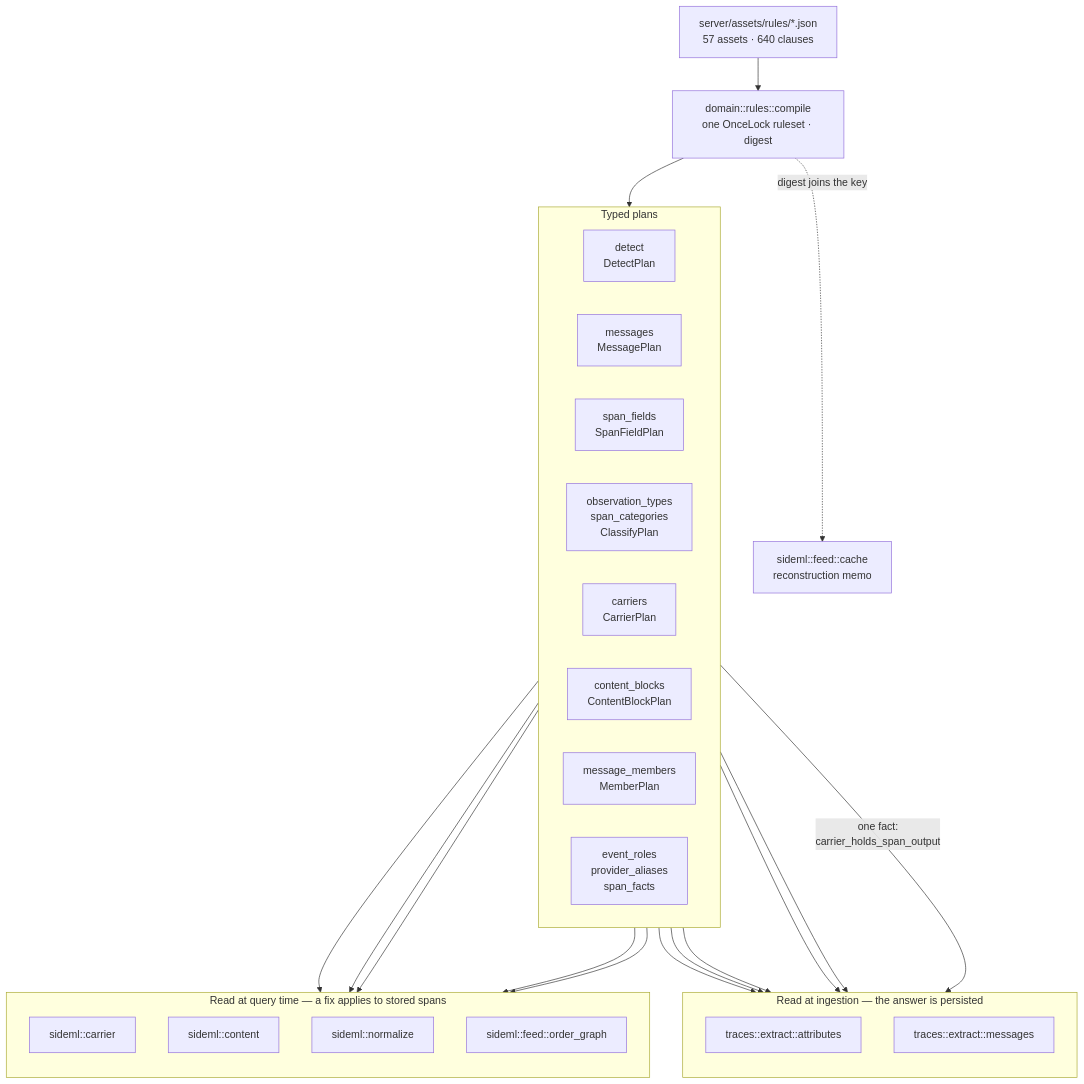
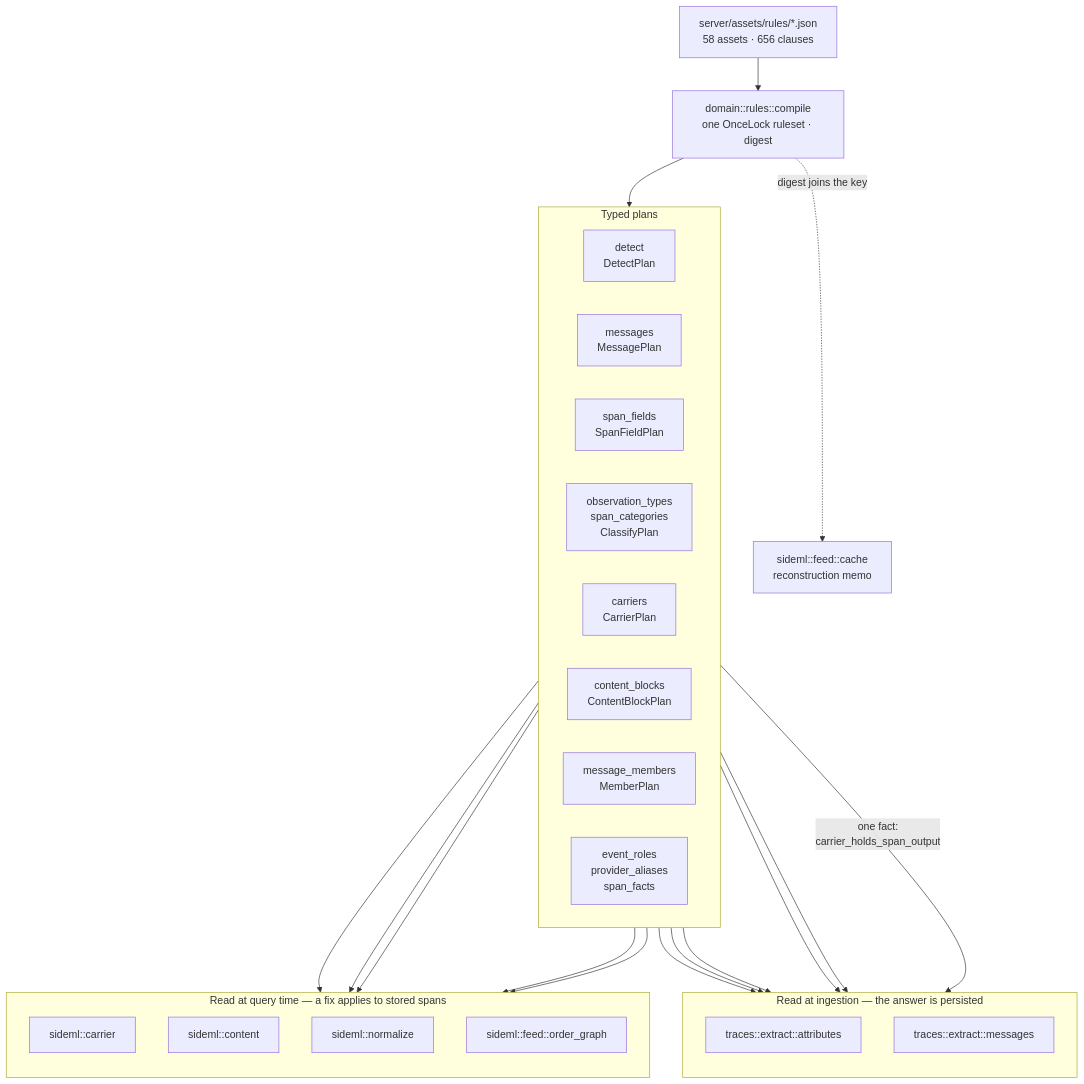
The first of 7 diagrams in docs/engineering/architecture-diagrams.md (sideseat/sideseat), drawn with Mermaid before and after one commit. The commit also changed 30 other files, not shown here.

````diff
--- a/docs/engineering/architecture-diagrams.md
+++ b/docs/engineering/architecture-diagrams.md
@@ -18,47 +18,47 @@
 ```mermaid
 flowchart TB
-    assets["server/assets/rules/*.json<br/>57 assets · 640 clauses"]
+    assets["server/assets/rules/*.json<br/>58 assets · 656 clauses"]
     compile["domain::rules::compile<br/>one OnceLock ruleset · digest"]
     assets --> compile
 
     subgraph plans["Typed plans"]
         direction LR
         detect["detect<br/>DetectPlan"]
         messages["messages<br/>MessagePlan"]
         fields["span_fields<br/>SpanFieldPlan"]
         classify["observation_types<br/>span_categories<br/>ClassifyPlan"]
         carriers["carriers<br/>CarrierPlan"]
         blocks["content_blocks<br/>ContentBlockPlan"]
         members["message_members<br/>MemberPlan"]
         roles["event_roles<br/>provider_aliases<br/>span_facts"]
     end
     compile --> plans
 
     subgraph ingest["Read at ingestion — the answer is persisted"]
         direction TB
         attrs["traces::extract::attributes"]
         msgs["traces::extract::messages"]
     end
 
     subgraph query["Read at query time — a fix applies to stored spans"]
         direction TB
         carrier["sideml::carrier"]
         content["sideml::content"]
         normalize["sideml::normalize"]
         order["sideml::feed::order_graph"]
     end
 
     detect --> attrs
     fields --> attrs
     classify --> attrs
     roles --> attrs
     messages --> msgs
     carriers -->|"one fact:<br/>carrier_holds_span_output"| msgs
     carriers --> carrier
     carriers --> order
     blocks --> content
     members --> content
     roles --> normalize
 
     compile -. "digest joins the key" .-> cache["sideml::feed::cache<br/>reconstruction memo"]
 ```
````
